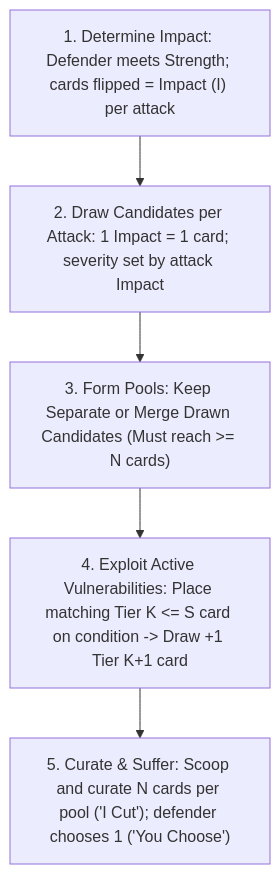
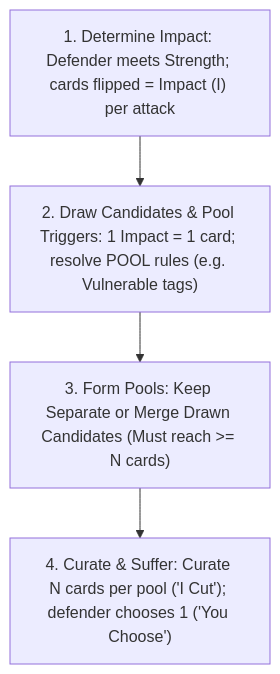
One commit to tdimiduk/cardpg changed the diagram in design/iteration/resolution/candidates/consequence-pool-tag-escalation/README.md. Above: the diagram before and after it, drawn with Mermaid. The commit also changed other lines of this file and 7 other files, not shown here.

````diff
--- a/design/iteration/resolution/candidates/consequence-pool-tag-escalation/README.md
+++ b/design/iteration/resolution/candidates/consequence-pool-tag-escalation/README.md
@@ -34,7 +35,6 @@
 ```mermaid
 flowchart TD
-    A["1. Determine Impact: Defender meets Strength; cards flipped = Impact (I) per attack"] --> B["2. Draw Candidates per Attack: 1 Impact = 1 card; severity set by attack Impact"]
+    A["1. Determine Impact: Defender meets Strength; cards flipped = Impact (I) per attack"] --> B["2. Draw Candidates & Pool Triggers: 1 Impact = 1 card; resolve POOL rules (e.g. Vulnerable tags)"]
     B --> C["3. Form Pools: Keep Separate or Merge Drawn Candidates (Must reach >= N cards)"]
-    C --> D["4. Exploit Active Vulnerabilities: Place matching Tier K <= S card on condition -> Draw +1 Tier K+1 card"]
-    D --> E["5. Curate & Suffer: Scoop and curate N cards per pool ('I Cut'); defender chooses 1 ('You Choose')"]
+    C --> D["4. Curate & Suffer: Curate N cards per pool ('I Cut'); defender chooses 1 ('You Choose')"]
 ```
````
